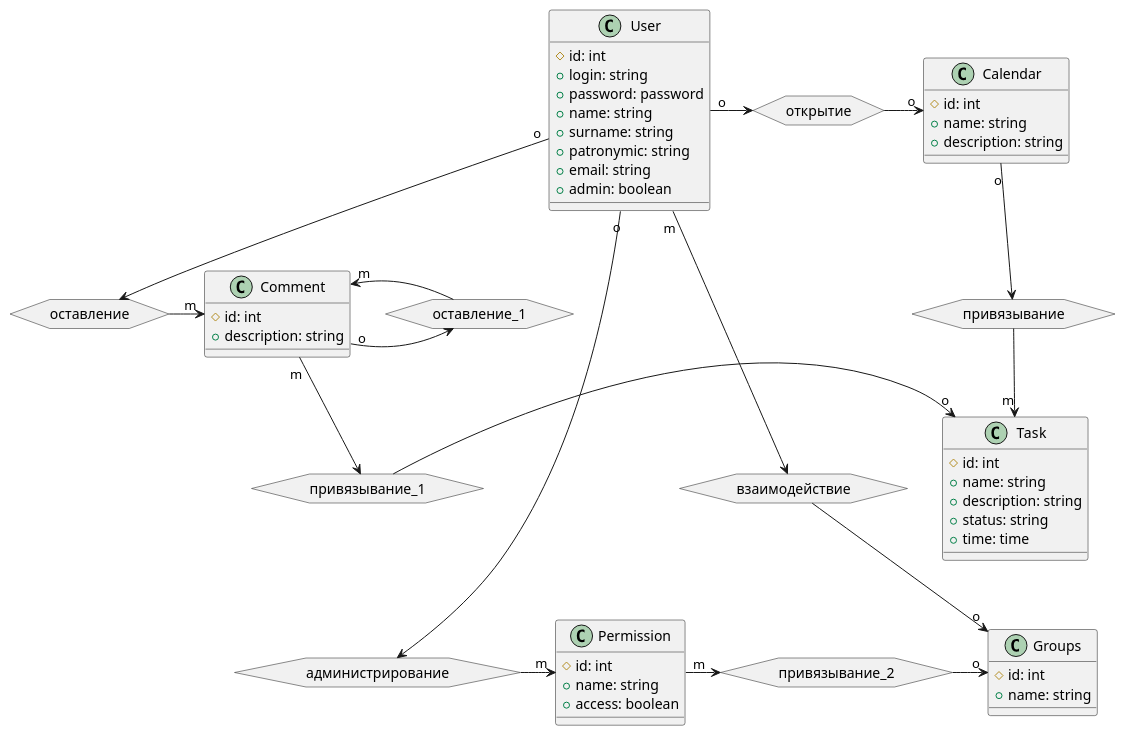
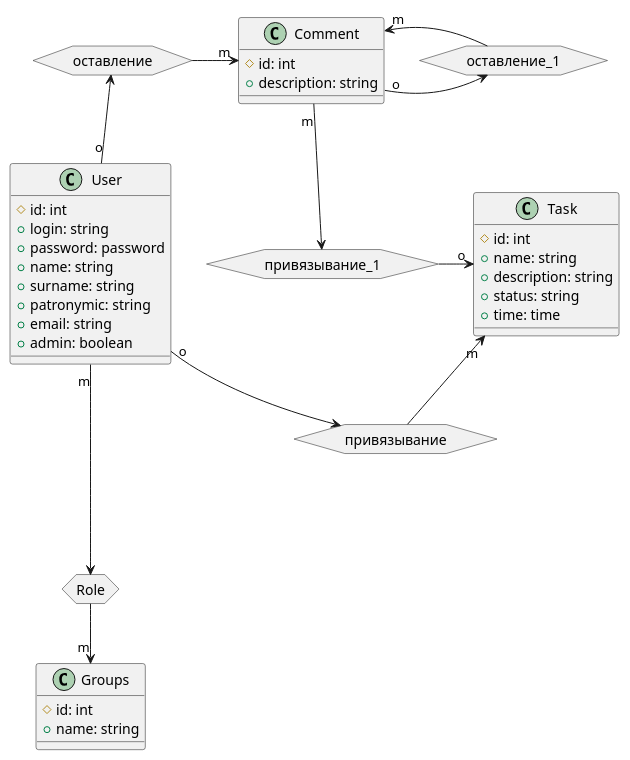
The diagram in Task.wsd (Spoleri/Diagram), drawn with PlantUML before and after one commit. The commit also changed 3 other files, not shown here.

```diff
--- a/Task.wsd
+++ b/Task.wsd
@@ -1,92 +1,62 @@
 @startuml Todoist
     class User {
         # id: int
         + login: string
         + password: password
         + name: string
         + surname: string
         + patronymic: string
         + email: string
         + admin: boolean
     }
 
     class Task {
         # id: int
         + name: string
         + description: string
         + status: string
         + time: time
     }
     
     class Comment {
         # id: int
         + description: string
     }
 
-    class Calendar {
-        # id: int
-        + name: string
-        + description: string
-    }
-
     class Groups {
         # id: int
         + name: string
-    }
-
-    class Permission {
-        # id: int
-        + name: string
-        + access: boolean
-    }
-    
-    hexagon открытие {
-
     }
 
     hexagon привязывание {
 
     }
 
     hexagon оставление {
 
     }
 
 
     hexagon привязывание_1 {
 
     }
 
-    hexagon взаимодействие {
-
-    }
-
     hexagon оставление_1 {
 
     }
 
-    hexagon администрирование {
+    hexagon Role {
 
     }
 
-    hexagon привязывание_2 {
-
-    }
-
-    User "о" -> открытие
-    открытие -> "o" Calendar
-    Calendar "o" -> привязывание
-    привязывание -> "m" Task
-    User "o" --> оставление
+    User "о" -down-> привязывание
+    привязывание -up-> "m" Task
+    User "o" -up-> оставление
     оставление -> "m" Comment
     Comment "m" --> привязывание_1
     привязывание_1 -> "o" Task
-    User "m" ---> взаимодействие
-    взаимодействие -> "o" Groups
     Comment "o" -> оставление_1
     оставление_1 -> "m" Comment
-    User "o" ----> администрирование
-    администрирование -> "m" Permission
-    Permission "m" -> привязывание_2
-    привязывание_2 -> "o" Groups
+    User "m" ----> Role
+    Role --> "m" Groups
 @enduml
```
